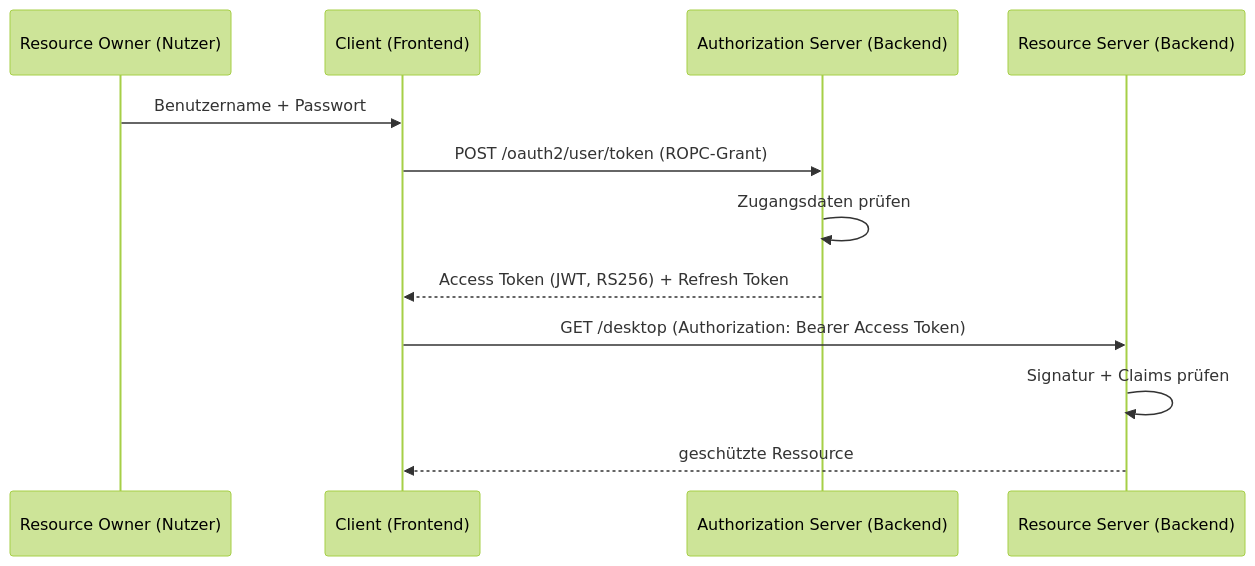
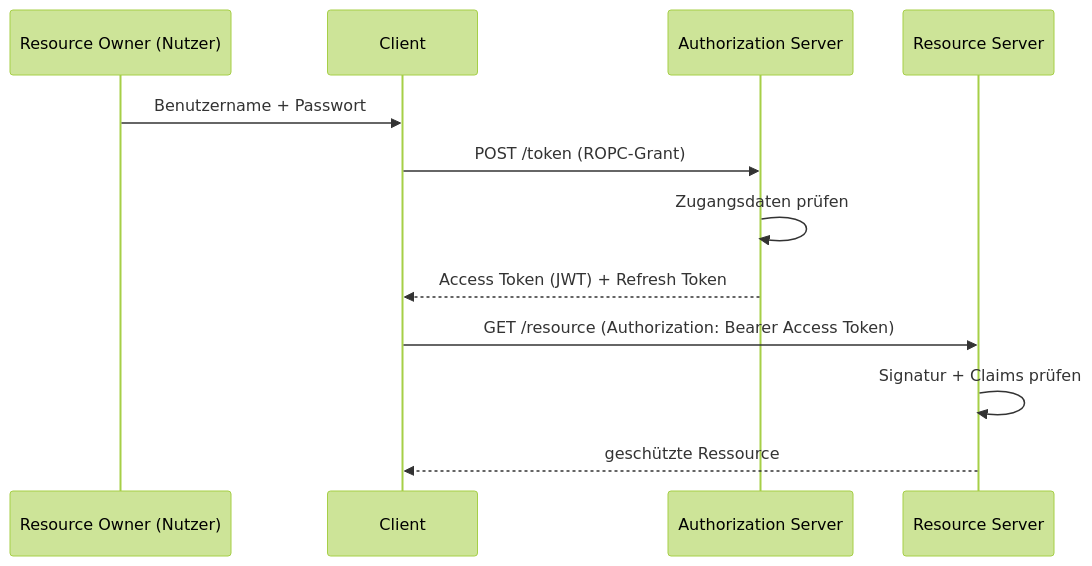
Before and after one commit to design-daas-fra-uas/design-daas-backend-java: the third of 5 diagrams in chapter-2-theoretischer-hintergrund.md, drawn with Mermaid (forest theme). The commit also changed other lines of this file, not shown here.

````diff
--- a/chapter-2-theoretischer-hintergrund.md
+++ b/chapter-2-theoretischer-hintergrund.md
@@ -114,15 +165,15 @@
 ```mermaid
 sequenceDiagram
     participant RO as Resource Owner (Nutzer)
-    participant C as Client (Frontend)
-    participant AS as Authorization Server (Backend)
-    participant RS as Resource Server (Backend)
+    participant C as Client
+    participant AS as Authorization Server
+    participant RS as Resource Server
 
     RO->>C: Benutzername + Passwort
-    C->>AS: POST /oauth2/user/token (ROPC-Grant)
+    C->>AS: POST /token (ROPC-Grant)
     AS->>AS: Zugangsdaten prüfen
-    AS-->>C: Access Token (JWT, RS256) + Refresh Token
-    C->>RS: GET /desktop (Authorization: Bearer Access Token)
+    AS-->>C: Access Token (JWT) + Refresh Token
+    C->>RS: GET /resource (Authorization: Bearer Access Token)
     RS->>RS: Signatur + Claims prüfen
     RS-->>C: geschützte Ressource
 ```
````
